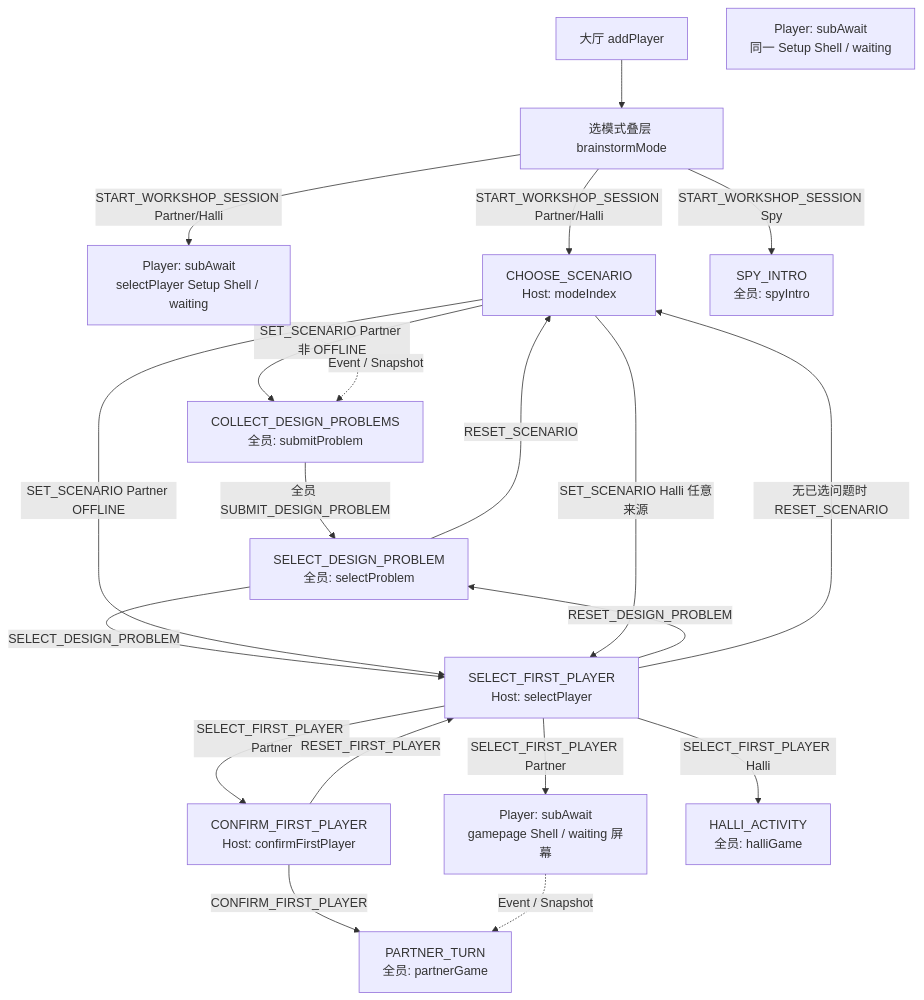
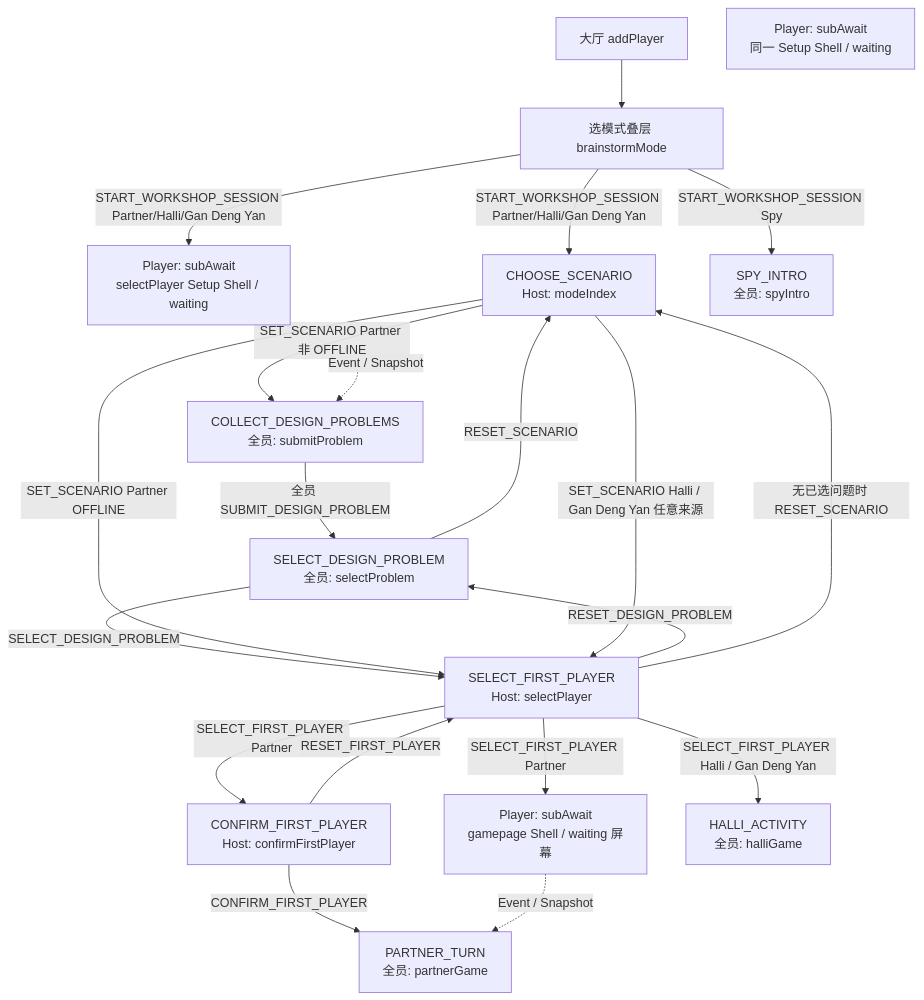
The eighth of 19 diagrams in docs/ROOM_BUSINESS_FLOWS.md (Bubble-419/cardboard-miniprogram), drawn with Mermaid before and after one commit. The commit also changed other lines of this file and 49 other files, not shown here.

Commit message:
feat: refine room flows and interaction feedback

````diff
--- a/docs/ROOM_BUSINESS_FLOWS.md
+++ b/docs/ROOM_BUSINESS_FLOWS.md
@@ -274,36 +274,36 @@
 ```mermaid
 flowchart TD
   LOBBY[大厅 addPlayer]
   PICK[选模式叠层 brainstormMode]
   CHOOSE_H[CHOOSE_SCENARIO<br/>Host: modeIndex]
   CHOOSE_P[Player: subAwait<br/>selectPlayer Setup Shell / waiting]
   COLLECT[COLLECT_DESIGN_PROBLEMS<br/>全员: submitProblem]
   SELECT_PROBLEM[SELECT_DESIGN_PROBLEM<br/>全员: selectProblem]
   SELECT_FIRST_H[SELECT_FIRST_PLAYER<br/>Host: selectPlayer]
   SELECT_FIRST_P[Player: subAwait<br/>同一 Setup Shell / waiting]
   CONFIRM_H[CONFIRM_FIRST_PLAYER<br/>Host: confirmFirstPlayer]
   CONFIRM_P[Player: subAwait<br/>gamepage Shell / waiting 屏幕]
   PARTNER[PARTNER_TURN<br/>全员: partnerGame]
   HALLI[HALLI_ACTIVITY<br/>全员: halliGame]
   SPY[SPY_INTRO<br/>全员: spyIntro]
 
   LOBBY --> PICK
-  PICK -->|START_WORKSHOP_SESSION Partner/Halli| CHOOSE_H
-  PICK -->|START_WORKSHOP_SESSION Partner/Halli| CHOOSE_P
+  PICK -->|START_WORKSHOP_SESSION Partner/Halli/Gan Deng Yan| CHOOSE_H
+  PICK -->|START_WORKSHOP_SESSION Partner/Halli/Gan Deng Yan| CHOOSE_P
   PICK -->|START_WORKSHOP_SESSION Spy| SPY
   CHOOSE_H -->|SET_SCENARIO Partner 非 OFFLINE| COLLECT
   CHOOSE_P -. Event / Snapshot .-> COLLECT
   COLLECT -->|全员 SUBMIT_DESIGN_PROBLEM| SELECT_PROBLEM
   SELECT_PROBLEM -->|SELECT_DESIGN_PROBLEM| SELECT_FIRST_H
   SELECT_PROBLEM -->|RESET_SCENARIO| CHOOSE_H
   SELECT_FIRST_H -->|RESET_DESIGN_PROBLEM| SELECT_PROBLEM
   SELECT_FIRST_H -->|无已选问题时 RESET_SCENARIO| CHOOSE_H
   SELECT_FIRST_H -->|SELECT_FIRST_PLAYER Partner| CONFIRM_H
   SELECT_FIRST_H -->|SELECT_FIRST_PLAYER Partner| CONFIRM_P
   CONFIRM_H -->|RESET_FIRST_PLAYER| SELECT_FIRST_H
   CONFIRM_H -->|CONFIRM_FIRST_PLAYER| PARTNER
   CONFIRM_P -. Event / Snapshot .-> PARTNER
   CHOOSE_H -->|SET_SCENARIO Partner OFFLINE| SELECT_FIRST_H
-  CHOOSE_H -->|SET_SCENARIO Halli 任意来源| SELECT_FIRST_H
-  SELECT_FIRST_H -->|SELECT_FIRST_PLAYER Halli| HALLI
+  CHOOSE_H -->|SET_SCENARIO Halli / Gan Deng Yan 任意来源| SELECT_FIRST_H
+  SELECT_FIRST_H -->|SELECT_FIRST_PLAYER Halli / Gan Deng Yan| HALLI
 ```
````
